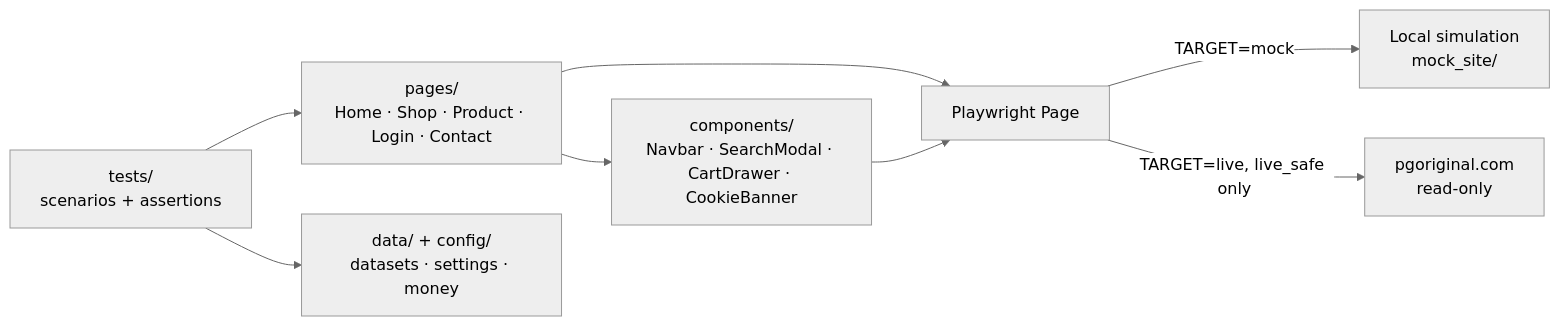
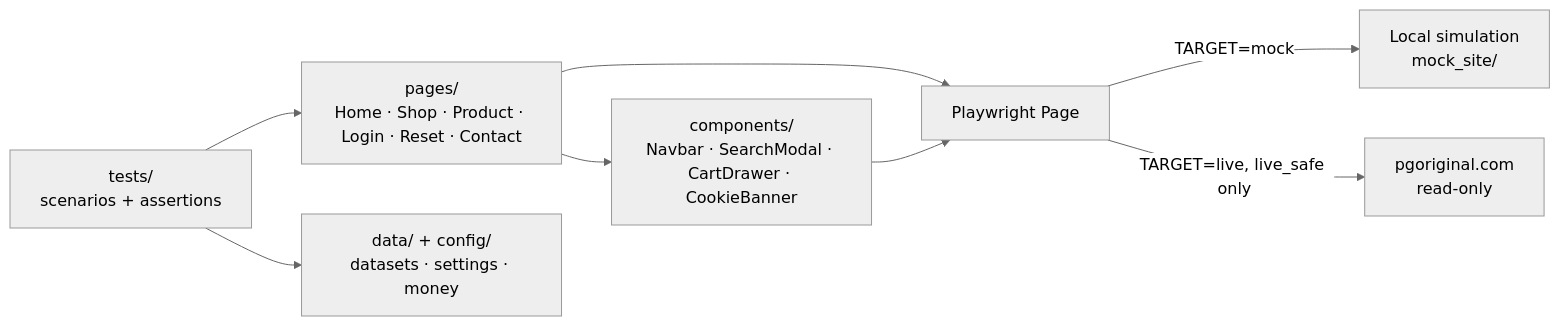
Before and after one commit to MiltonKlun/PG_Original_POM: the diagram in README.md, drawn with Mermaid (neutral theme). The commit also changed other lines of this file and 36 other files, not shown here.

````diff
--- a/README.md
+++ b/README.md
@@ -86,10 +87,10 @@
 ```mermaid
 flowchart LR
-    T["tests/<br/>scenarios + assertions"] --> P["pages/<br/>Home · Shop · Product · Login · Contact"]
+    T["tests/<br/>scenarios + assertions"] --> P["pages/<br/>Home · Shop · Product · Login · Reset · Contact"]
     P --> C["components/<br/>Navbar · SearchModal · CartDrawer · CookieBanner"]
     P --> PW["Playwright Page"]
     C --> PW
     T --> D["data/ + config/<br/>datasets · settings · money"]
     PW -->|TARGET=mock| M["Local simulation<br/>mock_site/"]
     PW -->|TARGET=live, live_safe only| L["pgoriginal.com<br/>read-only"]
 ```
````
